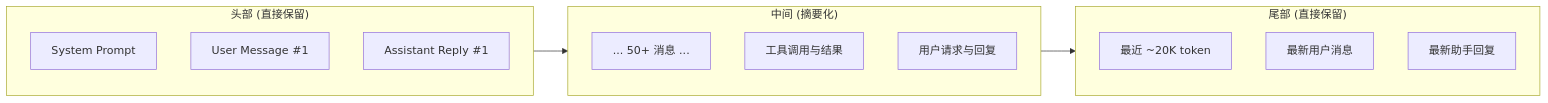
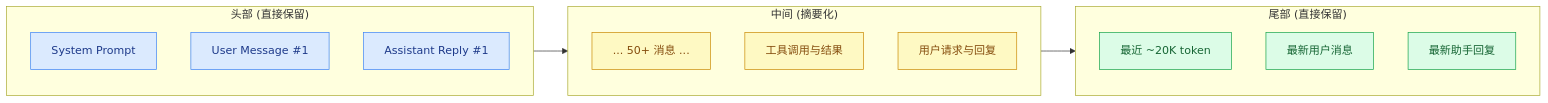
The third of 5 diagrams in chapters/context-compression.rst (pty819/hermes-docs), drawn with Mermaid before and after one commit. The commit also changed other lines of this file and 27 other files, not shown here.

```diff
--- a/chapters/context-compression.rst
+++ b/chapters/context-compression.rst
@@ -434,22 +461,34 @@
 .. mermaid::
+   :name: fig-three-section-split
+   :caption: 消息列表三段式分割示意图
 
    flowchart LR
        subgraph Head["头部 (直接保留)"]
            direction TB
            H1["System Prompt"]
            H2["User Message #1"]
            H3["Assistant Reply #1"]
        end
        subgraph Middle["中间 (摘要化)"]
            direction TB
            M1["... 50+ 消息 ..."]
            M2["工具调用与结果"]
            M3["用户请求与回复"]
        end
        subgraph Tail["尾部 (直接保留)"]
            direction TB
            T1["最近 ~20K token"]
            T2["最新用户消息"]
            T3["最新助手回复"]
        end
        Head --> Middle --> Tail
+
+       class H1,H2,H3 start
+       class M1,M2,M3 warn
+       class T1,T2,T3 success
+
+       classDef start fill:#dbeafe,stroke:#3b82f6,color:#1e3a8a
+       classDef success fill:#dcfce7,stroke:#16a34a,color:#166534
+       classDef warn fill:#fef9c3,stroke:#ca8a04,color:#854d0e
+       classDef fail fill:#fee2e2,stroke:#dc2626,color:#991b1b
+       classDef info fill:#f1f5f9,stroke:#64748b,color:#334155
```
